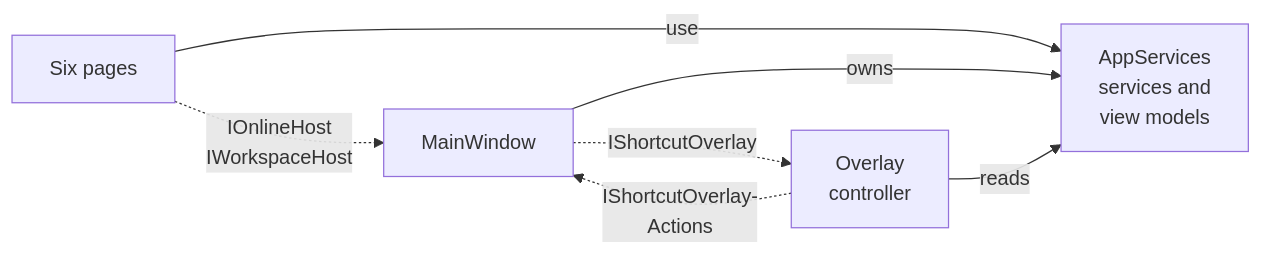
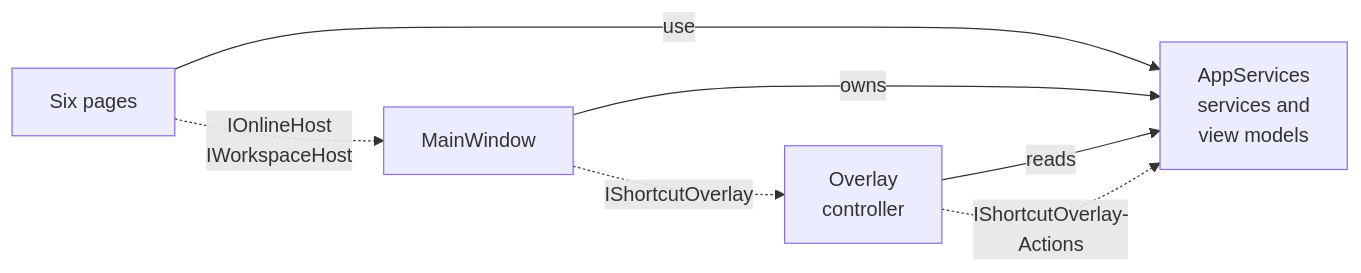
Before and after one commit to uyujkk/Integrated_Mod_Manager: the sixth of 15 diagrams in docs/development/Software-Structure.md, drawn with Mermaid. The commit also changed other lines of this file and 32 other files, not shown here.

````diff
--- a/docs/development/Software-Structure.md
+++ b/docs/development/Software-Structure.md
@@ -247,13 +247,13 @@
 ```mermaid
 flowchart LR
   Pages["Six pages"]
   MW["MainWindow"]
   AS["AppServices<br/>services and<br/>view models"]
   OC["Overlay<br/>controller"]
   Pages -->|"use"| AS
   MW -->|"owns"| AS
   OC -->|"reads"| AS
   Pages -.->|"IOnlineHost<br/>IWorkspaceHost"| MW
-  OC -.->|"IShortcutOverlay-<br/>Actions"| MW
+  OC -.->|"IShortcutOverlay-<br/>Actions"| AS
   MW -.->|"IShortcutOverlay"| OC
 ```
````
